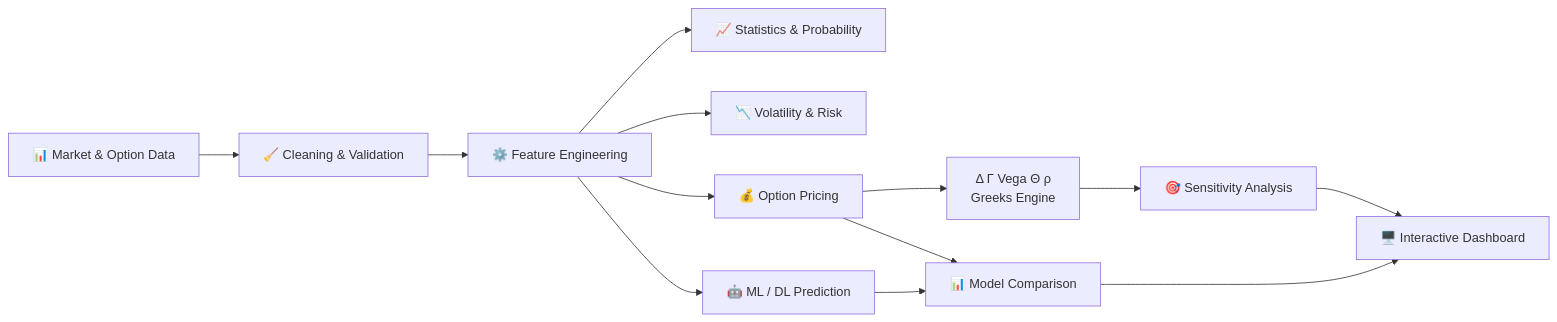
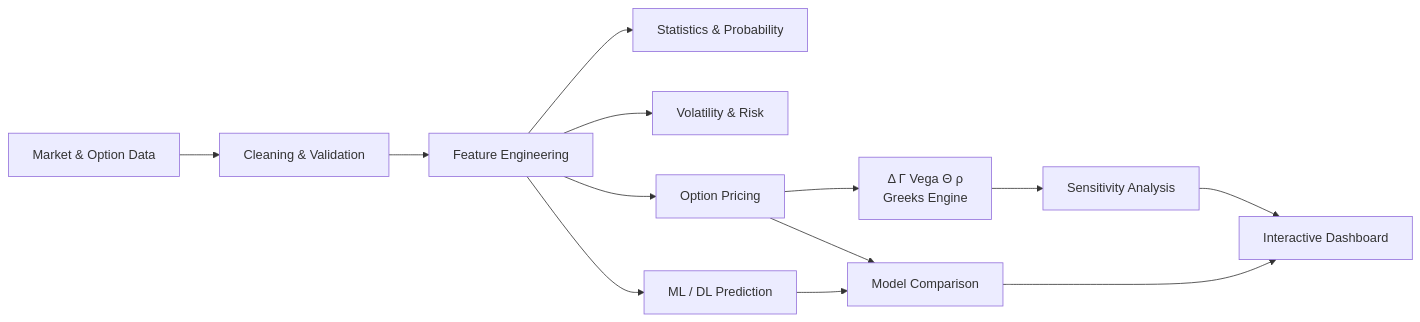
The first of 4 diagrams in README.md (Clestialcosmos/Fino-Stock-Option-Market-Analyzer), drawn with Mermaid before and after one commit. The commit also changed other lines of this file, not shown here.

````diff
--- a/README.md
+++ b/README.md
@@ -39,15 +39,15 @@
 ```mermaid
 flowchart LR
-    A[📊 Market & Option Data] --> B[🧹 Cleaning & Validation]
-    B --> C[⚙️ Feature Engineering]
-    C --> D[📈 Statistics & Probability]
-    C --> E[📉 Volatility & Risk]
-    C --> F[💰 Option Pricing]
-    F --> G["Δ Γ Vega Θ ρ<br/>Greeks Engine"]
-    G --> H[🎯 Sensitivity Analysis]
-    C --> I[🤖 ML / DL Prediction]
-    F --> J[📊 Model Comparison]
-    I --> J
-    H --> K[🖥️ Interactive Dashboard]
-    J --> K
+A[Market & Option Data] --> B[Cleaning & Validation]
+B --> C[Feature Engineering]
+C --> D[Statistics & Probability]
+C --> E[Volatility & Risk]
+C --> F[Option Pricing]
+F --> G["Δ Γ Vega Θ ρ<br/>Greeks Engine"]
+G --> H[Sensitivity Analysis]
+C --> I[ML / DL Prediction]
+F --> J[Model Comparison]
+I --> J
+H --> K[Interactive Dashboard]
+J --> K
 ```
````
